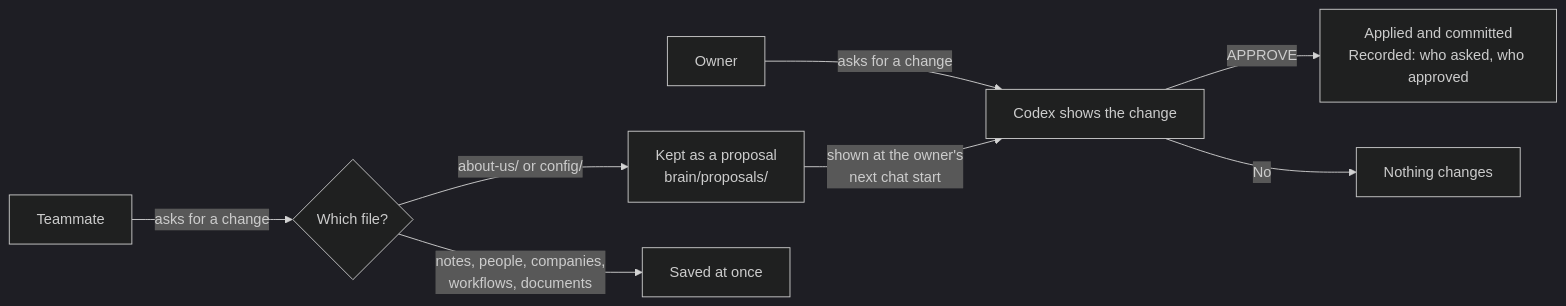
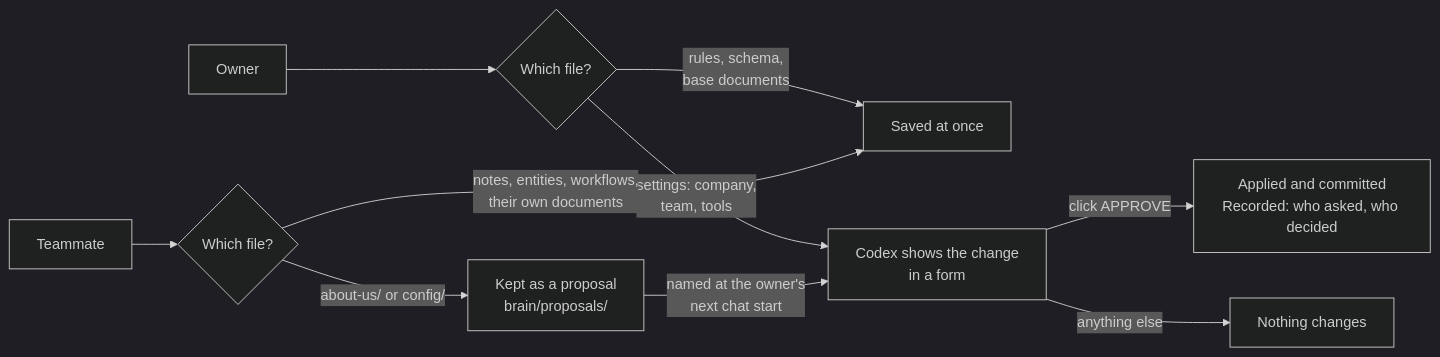
Before and after one commit to gtm-week/gtm-brain: the first of 4 diagrams in README.md, drawn with Mermaid (dark theme). The commit also changed other lines of this file, not shown here.

First line of the commit message:
README: every part of the brain, with the four parts, the chat, tools, team and updating

````diff
--- a/README.md
+++ b/README.md
@@ -127,10 +132,12 @@
 ```mermaid
 flowchart LR
-  owner["Owner"] -->|"asks for a change"| show["Codex shows the change"]
-  mate["Teammate"] -->|"asks for a change"| where{"Which file?"}
-  where -->|"about-us/ or config/"| proposal["Kept as a proposal<br/>brain/proposals/"]
-  where -->|"notes, people, companies,<br/>workflows, documents"| saved["Saved at once"]
-  proposal -->|"shown at the owner's<br/>next chat start"| show
-  show -->|"APPROVE"| applied["Applied and committed<br/>Recorded: who asked, who approved"]
-  show -->|"No"| unchanged["Nothing changes"]
+  owner["Owner"] --> ofile{"Which file?"}
+  ofile -->|"rules, schema,<br/>base documents"| saved["Saved at once"]
+  ofile -->|"settings: company,<br/>team, tools"| form["Codex shows the change<br/>in a form"]
+  mate["Teammate"] --> mfile{"Which file?"}
+  mfile -->|"notes, entities, workflows,<br/>their own documents"| saved
+  mfile -->|"about-us/ or config/"| proposal["Kept as a proposal<br/>brain/proposals/"]
+  proposal -->|"named at the owner's<br/>next chat start"| form
+  form -->|"click APPROVE"| applied["Applied and committed<br/>Recorded: who asked, who decided"]
+  form -->|"anything else"| unchanged["Nothing changes"]
 ```
````
